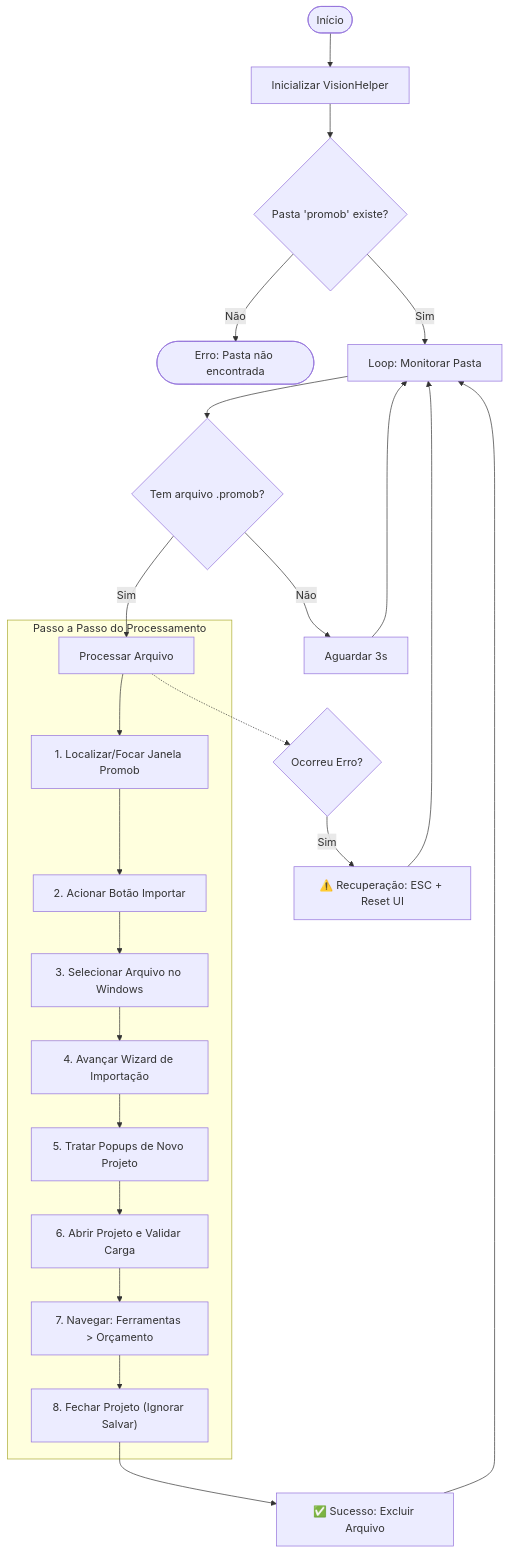
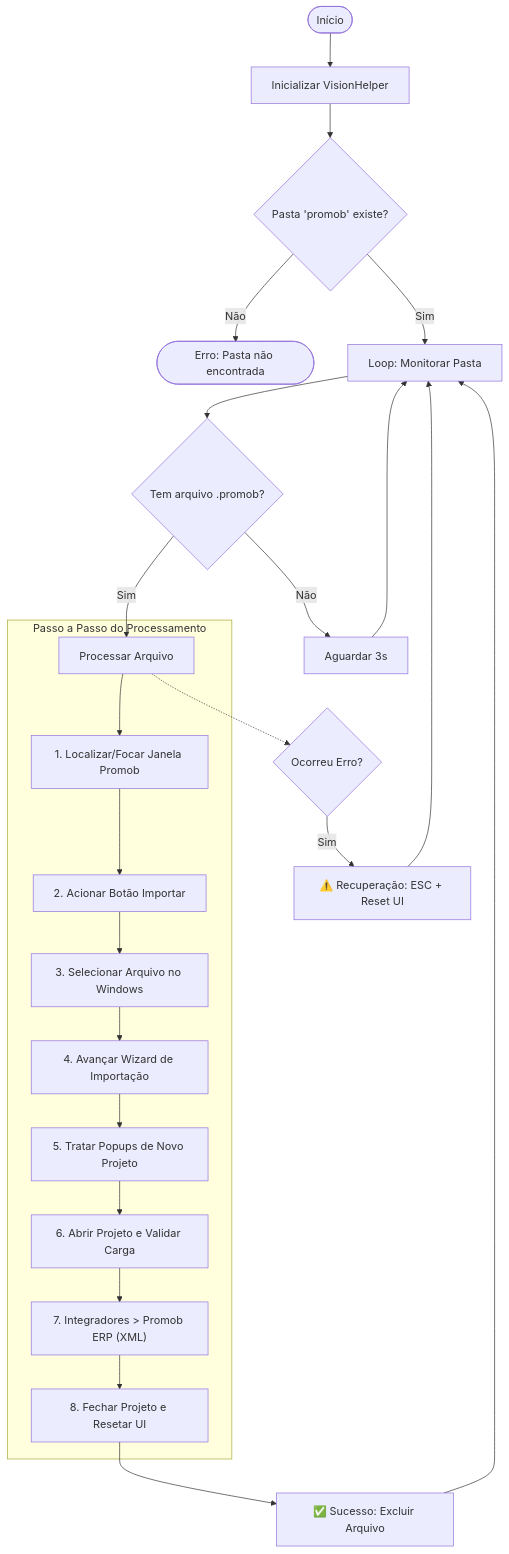
The diagram in README.md (betolara1/PORMOB-AUTOMACAO), drawn with Mermaid before and after one commit. The commit also changed other lines of this file and 12 other files, not shown here.

````diff
--- a/README.md
+++ b/README.md
@@ -7,28 +7,28 @@
 ```mermaid
 graph TD
     Start([Início]) --> InitVision[Inicializar VisionHelper]
     InitVision --> CheckFolder{Pasta 'promob' existe?}
     CheckFolder -- Não --> EndError([Erro: Pasta não encontrada])
     CheckFolder -- Sim --> MainLoop[Loop: Monitorar Pasta]
     
     MainLoop --> GetFile{Tem arquivo .promob?}
     GetFile -- Não --> Wait[Aguardar 3s] --> MainLoop
     GetFile -- Sim --> Process[Processar Arquivo]
     
     subgraph Passo a Passo do Processamento
     Process --> FindPromob["1. Localizar/Focar Janela Promob"]
     FindPromob --> ClickImport["2. Acionar Botão Importar"]
     ClickImport --> SelectFile["3. Selecionar Arquivo no Windows"]
     SelectFile --> AdvWizard["4. Avançar Wizard de Importação"]
     AdvWizard --> HandlePopups["5. Tratar Popups de Novo Projeto"]
     HandlePopups --> OpenProj["6. Abrir Projeto e Validar Carga"]
-    OpenProj --> Navigate["7. Navegar: Ferramentas > Orçamento"]
-    Navigate --> CloseProj["8. Fechar Projeto (Ignorar Salvar)"]
+    OpenProj --> Navigate["7. Integradores > Promob ERP (XML)"]
+    Navigate --> CloseProj["8. Fechar Projeto e Resetar UI"]
     end
     
     CloseProj --> Success["✅ Sucesso: Excluir Arquivo"] --> MainLoop
     
     Process -.-> OnError{Ocorreu Erro?}
     OnError -- Sim --> Recovery["⚠️ Recuperação: ESC + Reset UI"]
     Recovery --> MainLoop
 ```
````
